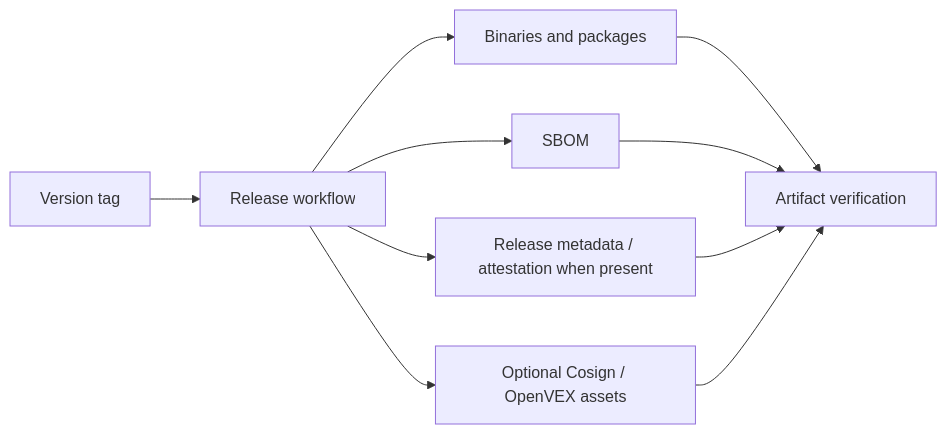
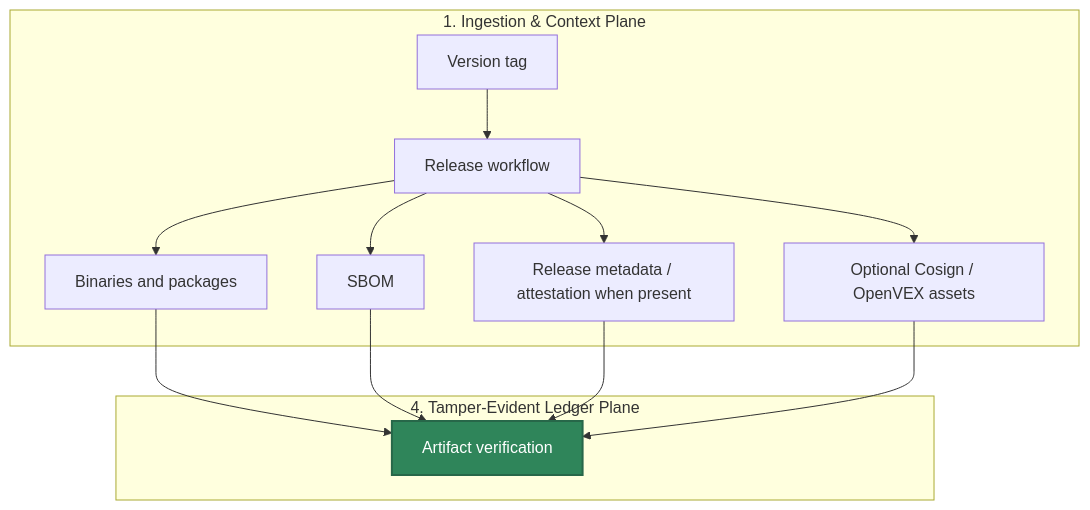
The diagram in docs/RELEASE_SECURITY.md (Mindburn-Labs/helm-ai-kernel), drawn with Mermaid before and after one commit. The commit also changed other lines of this file and 330 other files, not shown here.

````diff
--- a/docs/RELEASE_SECURITY.md
+++ b/docs/RELEASE_SECURITY.md
@@ -23,12 +23,29 @@
 ```mermaid
-flowchart LR
-  tag["Version tag"] --> ci["Release workflow"]
-  ci --> binaries["Binaries and packages"]
-  ci --> sbom["SBOM"]
-  ci --> attestation["Release metadata / attestation when present"]
-  ci --> optional["Optional Cosign / OpenVEX assets"]
-  binaries --> verify["Artifact verification"]
-  sbom --> verify
-  attestation --> verify
-  optional --> verify
+flowchart TD
+    subgraph Ingestion["1. Ingestion & Context Plane"]
+        tag["Version tag"]
+        ci["Release workflow"]
+        binaries["Binaries and packages"]
+        sbom["SBOM"]
+        attestation["Release metadata / attestation when present"]
+        optional["Optional Cosign / OpenVEX assets"]
+    end
+
+    subgraph Ledger["4. Tamper-Evident Ledger Plane"]
+        verify["Artifact verification"]
+    end
+
+    %% Operational Flow Edges
+    tag --> ci
+    ci --> binaries
+    ci --> sbom
+    ci --> attestation
+    ci --> optional
+    binaries --> verify
+    sbom --> verify
+    attestation --> verify
+    optional --> verify
+
+    %% Premium Styling Rules
+    style verify fill:#2f855a,stroke:#276749,stroke-width:2px,color:#fff
 ```
````
